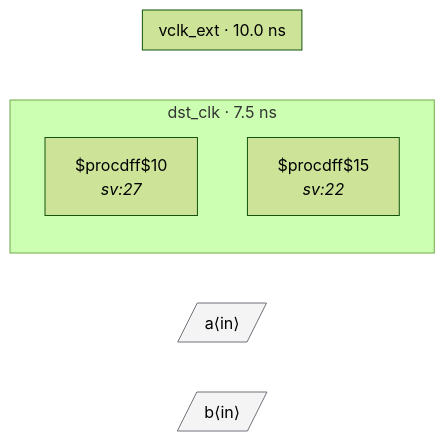
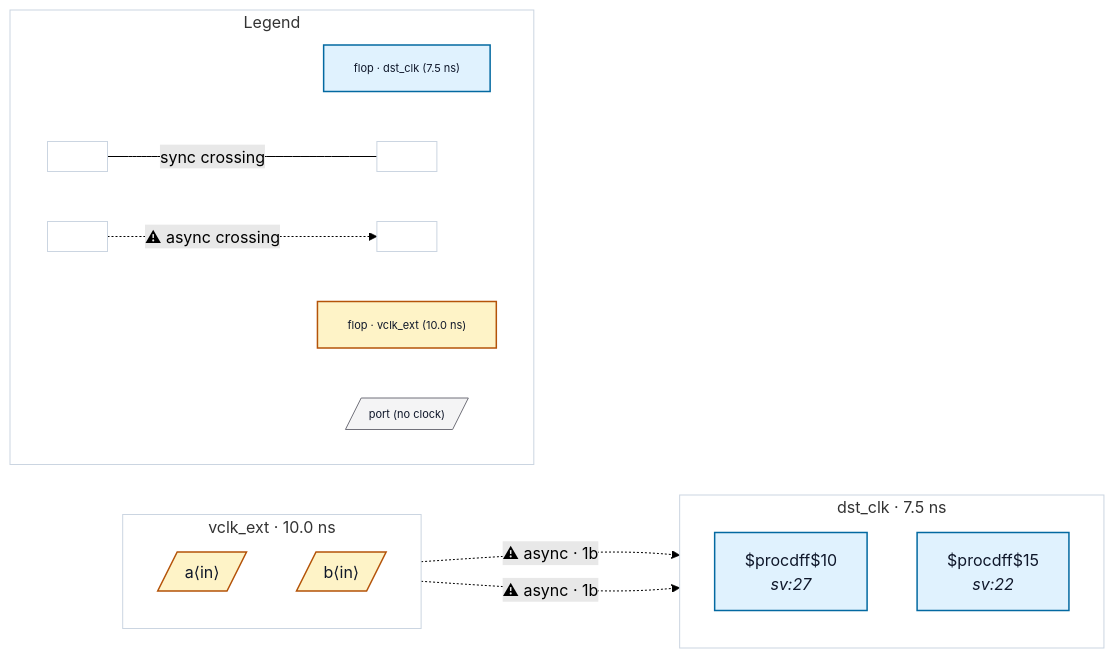
One commit to rtl-buddy/rtl-buddy-cdc changed the diagram in tests/fixtures/bad_comb_source/README.md. Above: the diagram before and after it, drawn with Mermaid (forest theme). The commit also changed 71 other files, not shown here.

First line of the commit message:
Refresh fixture READMEs + render iterations (colors, legend, nested ports, clock-net edges)

````diff
--- a/tests/fixtures/bad_comb_source/README.md
+++ b/tests/fixtures/bad_comb_source/README.md
@@ -14,15 +14,42 @@
 ```mermaid
 %% bad_comb_source — generated by rtl-buddy-cdc render
 flowchart LR
   subgraph clk_dst_clk["dst_clk · 7.5 ns"]
     direction TB
-    f_c719a6fe["$procdff$10<br/><i>sv:27</i>"]
-    f_3e8b4077["$procdff$15<br/><i>sv:22</i>"]
+    f_c719a6fe["$procdff$10<br/><i>sv:27</i>"]:::ckcls_dst_clk
+    f_3e8b4077["$procdff$15<br/><i>sv:22</i>"]:::ckcls_dst_clk
   end
   subgraph clk_vclk_ext["vclk_ext · 10.0 ns"]
     direction TB
+    p_in_a[/"a⟨in⟩"/]:::ckcls_vclk_ext
+    p_in_b[/"b⟨in⟩"/]:::ckcls_vclk_ext
   end
-  p_in_a[/"a⟨in⟩"/]:::port
-  p_in_b[/"b⟨in⟩"/]:::port
-  classDef port fill:#f4f4f5,stroke:#71717a
+  p_in_a -. "⚠ async · 1b" .-> f_3e8b4077
+  p_in_b -. "⚠ async · 1b" .-> f_3e8b4077
+  subgraph rb_legend["Legend"]
+    direction LR
+    lg_clk_dst_clk["flop · dst_clk (7.5 ns)"]:::ckcls_dst_clk
+    lg_clk_vclk_ext["flop · vclk_ext (10.0 ns)"]:::ckcls_vclk_ext
+    lg_port[/"port (no clock)"/]:::port_unassigned
+    lg_sync_a[" "]:::ckcls_legend_neutral
+    lg_sync_b[" "]:::ckcls_legend_neutral
+    lg_async_a[" "]:::ckcls_legend_neutral
+    lg_async_b[" "]:::ckcls_legend_neutral
+    lg_sync_a --- |"sync crossing"| lg_sync_b
+    lg_async_a -. "⚠ async crossing" .-> lg_async_b
+  end
+  style clk_dst_clk fill:none,stroke:#cbd5e1
+  style clk_vclk_ext fill:none,stroke:#cbd5e1
+  style rb_legend fill:none,stroke:#cbd5e1
+  style lg_clk_dst_clk font-size:11px
+  style lg_clk_vclk_ext font-size:11px
+  style lg_port font-size:11px
+  style lg_sync_a font-size:11px
+  style lg_sync_b font-size:11px
+  style lg_async_a font-size:11px
+  style lg_async_b font-size:11px
+  classDef ckcls_dst_clk fill:#e0f2fe,stroke:#0369a1,stroke-width:1.5px,color:#0f172a
+  classDef ckcls_vclk_ext fill:#fef3c7,stroke:#b45309,stroke-width:1.5px,color:#0f172a
+  classDef port_unassigned fill:#f4f4f5,stroke:#71717a,color:#0f172a
+  classDef ckcls_legend_neutral fill:#ffffff,stroke:#cbd5e1,stroke-width:1px,color:#0f172a
 ```
````
